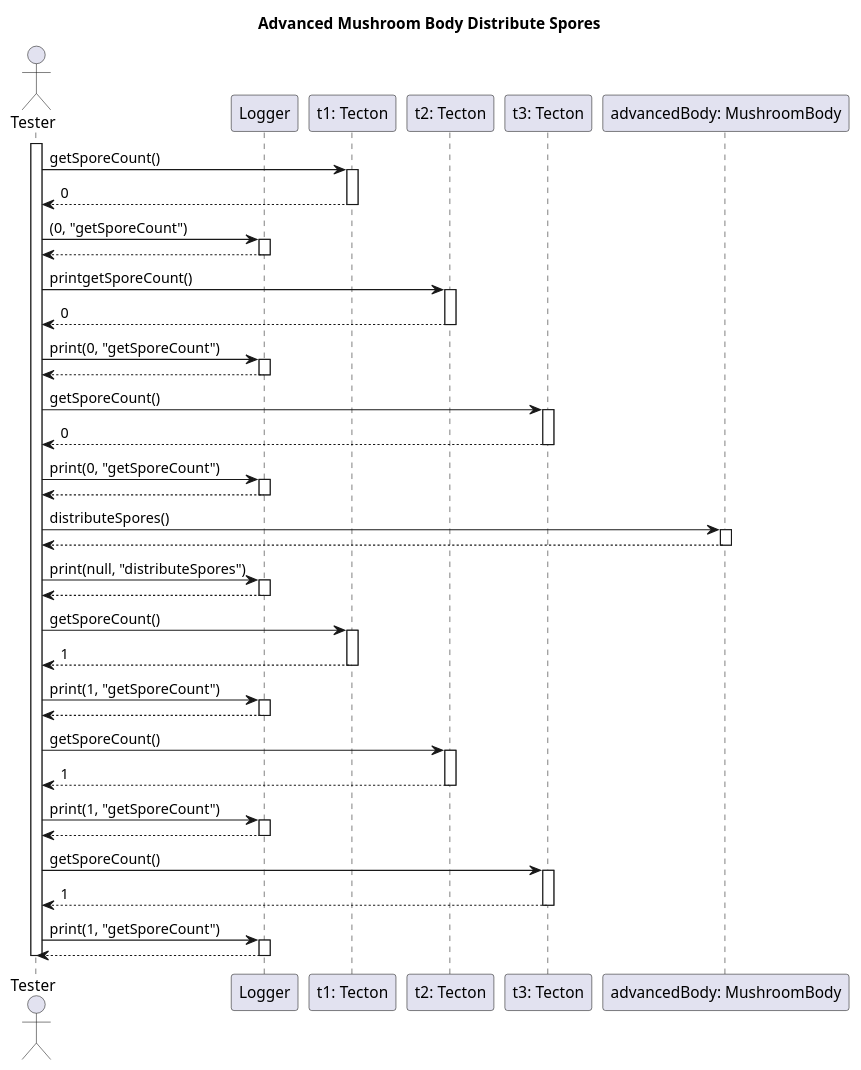
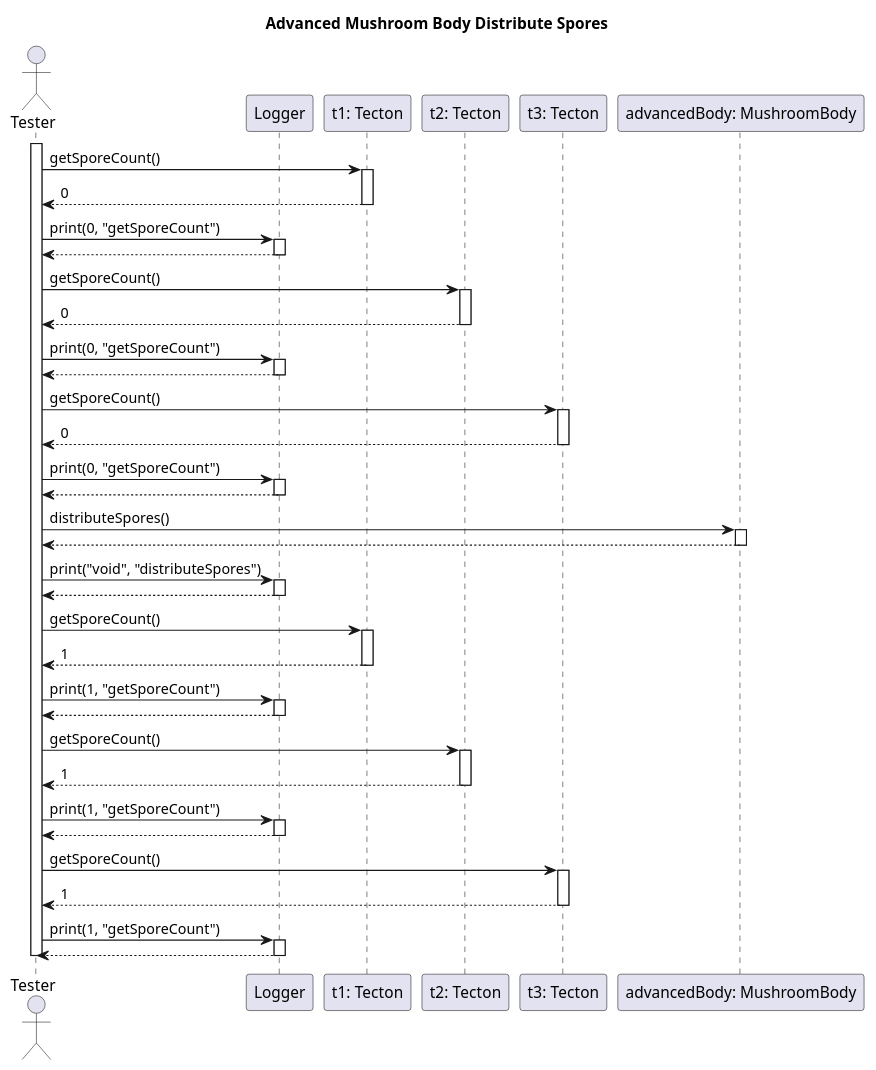
Before and after one commit to dzsem/projlab: the diagram in diagrams/test-sequence/mushroom/advancedMushroomBodyDistributeSpores.wsd, drawn with PlantUML.

Commit message:
Fixed advanced body spore#2

```diff
--- a/diagrams/test-sequence/mushroom/advancedMushroomBodyDistributeSpores.wsd
+++ b/diagrams/test-sequence/mushroom/advancedMushroomBodyDistributeSpores.wsd
@@ -1,88 +1,89 @@
 @startuml Advanced Mushroom Body Distribute Spores
 
 title Advanced Mushroom Body Distribute Spores
 
 actor "Tester" as tester
 
 participant "Logger" as logger
 
 participant "t1: Tecton" as t1
 participant "t2: Tecton" as t2
 participant "t3: Tecton" as t3
 
 participant "advancedBody: MushroomBody" as amb
 
 activate tester
 
 tester -> t1: getSporeCount()
 activate t1
 t1 --> tester: 0
 deactivate t1
 
-tester -> logger: (0, "getSporeCount")
+tester -> logger: print(0, "getSporeCount")
 activate logger
 logger --> tester
 deactivate logger
 
-tester -> t2: printgetSporeCount()
+tester -> t2: getSporeCount()
 activate t2
 t2 --> tester: 0
 deactivate t2
 
 tester -> logger: print(0, "getSporeCount")
 activate logger
 logger --> tester
 deactivate logger
 
 tester -> t3: getSporeCount()
 activate t3
 t3 --> tester: 0
 deactivate t3
 
 tester -> logger: print(0, "getSporeCount")
 activate logger
 logger --> tester
 deactivate logger
 
 tester -> amb: distributeSpores() 
 activate amb
 amb --> tester
 deactivate amb
 
-tester -> logger: print(null, "distributeSpores")
+tester -> logger: print("void", "distributeSpores")
 activate logger
 logger --> tester
 deactivate logger
 
 tester -> t1: getSporeCount()
 activate t1
 t1 --> tester: 1
 deactivate t1
 
 tester -> logger: print(1, "getSporeCount")
 activate logger
 logger --> tester
 deactivate logger
 
 tester -> t2: getSporeCount()
 activate t2
 t2 --> tester: 1
 deactivate t2
 
 tester -> logger: print(1, "getSporeCount")
 activate logger
 logger --> tester
 deactivate logger
 
 tester -> t3: getSporeCount()
 activate t3
 t3 --> tester: 1
 deactivate t3
 
 tester -> logger: print(1, "getSporeCount")
 activate logger
 logger --> tester
 deactivate logger
 
+
 deactivate tester
 @enduml
```
